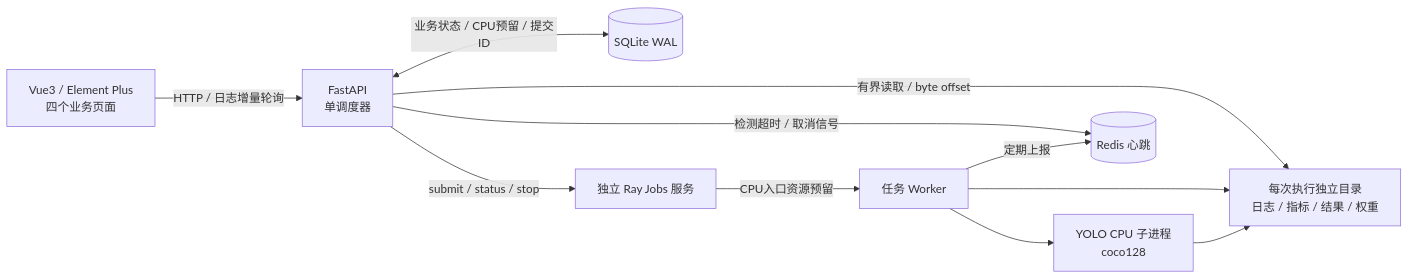
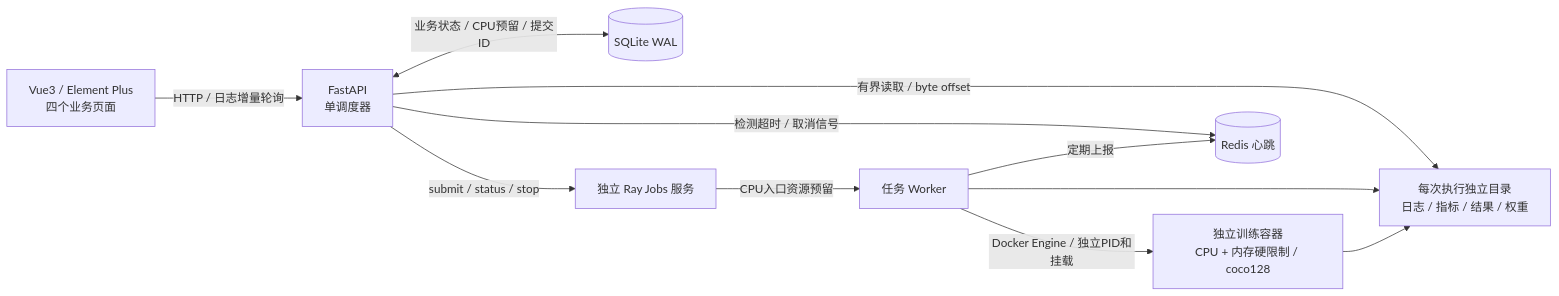
One commit to jackjiahao1491/trainplane-yolo-cpu changed the first of 2 diagrams in README.md. Above: the diagram before and after it, drawn with Mermaid. The commit also changed other lines of this file and 16 other files, not shown here.

````diff
--- a/README.md
+++ b/README.md
@@ -24,13 +25,13 @@
 ```mermaid
 flowchart LR
     UI[Vue3 / Element Plus<br/>四个业务页面] -->|HTTP / 日志增量轮询| API[FastAPI<br/>单调度器]
     API <-->|业务状态 / CPU预留 / 提交ID| DB[(SQLite WAL)]
     API -->|submit / status / stop| RAY[独立 Ray Jobs 服务]
     RAY -->|CPU入口资源预留| WORKER[任务 Worker]
-    WORKER --> TRAIN[YOLO CPU 子进程<br/>coco128]
+    WORKER -->|Docker Engine / 独立PID和挂载| TRAIN[独立训练容器<br/>CPU + 内存硬限制 / coco128]
     WORKER -->|定期上报| REDIS[(Redis 心跳)]
     API -->|检测超时 / 取消信号| REDIS
     TRAIN --> FILES[每次执行独立目录<br/>日志 / 指标 / 结果 / 权重]
     WORKER --> FILES
     API -->|有界读取 / byte offset| FILES
 ```
````
